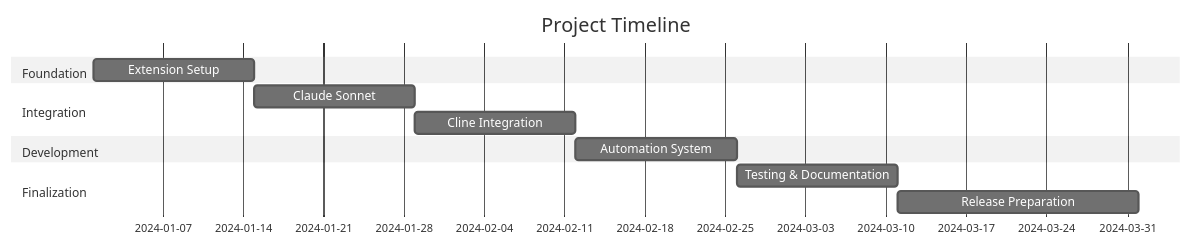
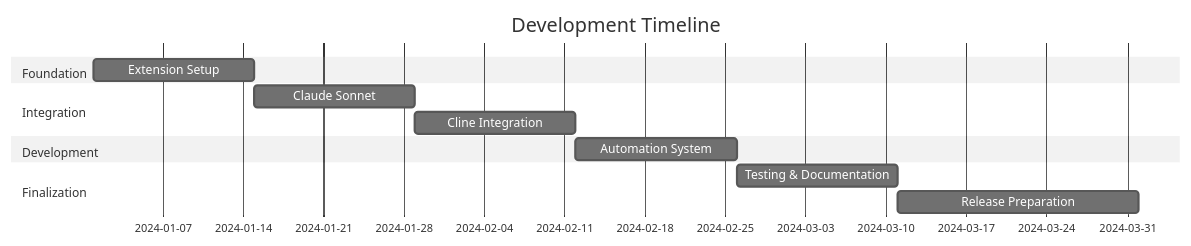
The diagram in docs/implementation-plan.md (karimStekelenburg/cline-automation), drawn with Mermaid (neutral theme) before and after one commit. The commit also changed other lines of this file and 1 other file, not shown here.

````diff
--- a/docs/implementation-plan.md
+++ b/docs/implementation-plan.md
@@ -9,15 +5,15 @@
 ```mermaid
 gantt
-    title Project Timeline
-    dateFormat  YYYY-MM-DD
+    title Development Timeline
+    dateFormat YYYY-MM-DD
     section Foundation
     Extension Setup           :2024-01-01, 14d
     section Integration
     Claude Sonnet            :2024-01-15, 14d
     Cline Integration        :2024-01-29, 14d
     section Development
     Automation System        :2024-02-12, 14d
     section Finalization
     Testing & Documentation  :2024-02-26, 14d
     Release Preparation      :2024-03-11, 21d
 ```
````
